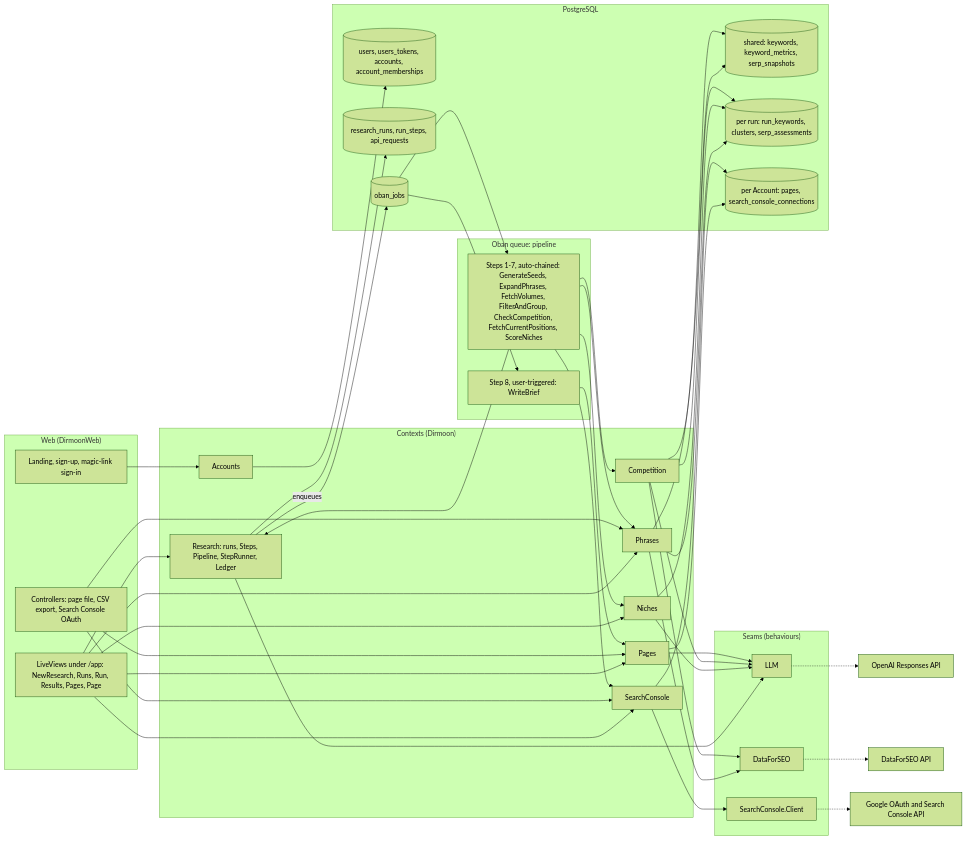
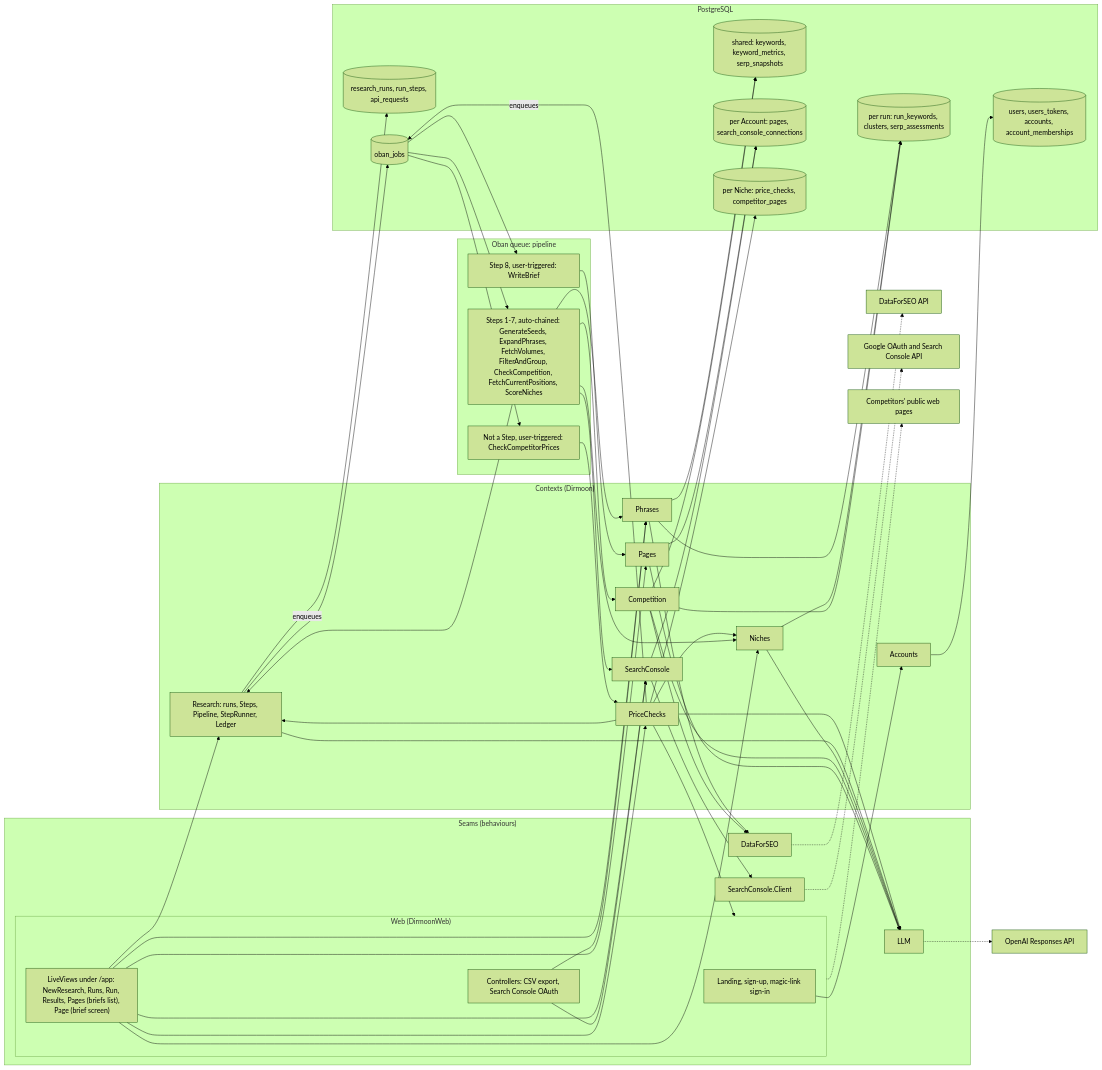
The diagram in ARCHITECTURE.md (elpikel/dirmoon), drawn with Mermaid (forest theme) before and after one commit. The commit also changed other lines of this file and 149 other files, not shown here.

````diff
--- a/ARCHITECTURE.md
+++ b/ARCHITECTURE.md
@@ -10,13 +10,14 @@
 flowchart LR
   subgraph Web["Web (DirmoonWeb)"]
     Public["Landing, sign-up, magic-link sign-in"]
-    Screens["LiveViews under /app: NewResearch, Runs, Run, Results, Pages, Page"]
-    Files["Controllers: page file, CSV export, Search Console OAuth"]
+    Screens["LiveViews under /app: NewResearch, Runs, Run, Results, Pages (briefs list), Page (brief screen)"]
+    Files["Controllers: CSV export, Search Console OAuth"]
   end
 
   subgraph Jobs["Oban queue: pipeline"]
     Auto["Steps 1-7, auto-chained: GenerateSeeds, ExpandPhrases, FetchVolumes, FilterAndGroup, CheckCompetition, FetchCurrentPositions, ScoreNiches"]
     Asked["Step 8, user-triggered: WriteBrief"]
+    Prices["Not a Step, user-triggered: CheckCompetitorPrices"]
   end
 
   subgraph Contexts["Contexts (Dirmoon)"]
@@ -27,12 +28,14 @@
     Competition
     SearchConsole
     Pages
+    PriceChecks
   end
 
   subgraph Seams["Seams (behaviours)"]
     LLM["LLM"]
     DFS["DataForSEO"]
     GSC["SearchConsole.Client"]
+    Web["WebPage"]
   end
 
   subgraph Tables["PostgreSQL"]
@@ -41,6 +44,7 @@
     TShared[("shared: keywords, keyword_metrics, serp_snapshots")]
     TPerRun[("per run: run_keywords, clusters, serp_assessments")]
     TAccount[("per Account: pages, search_console_connections")]
+    TPrices[("per Niche: price_checks, competitor_pages")]
     TOban[("oban_jobs")]
   end
 
@@ -50,13 +54,21 @@
   Screens --> Phrases
   Screens --> Pages
   Screens --> SearchConsole
-  Files --> Pages
+  Screens --> PriceChecks
   Files --> Phrases
   Files --> SearchConsole
 
   Research -- "enqueues" --> TOban
   TOban --> Auto
   TOban --> Asked
+  TOban --> Prices
+  PriceChecks -- "enqueues" --> TOban
+  Prices --> PriceChecks
+  PriceChecks --> Niches
+  PriceChecks --> Research
+  PriceChecks --> LLM
+  PriceChecks --> Web
+  PriceChecks --> TPrices
   Auto --> Research
   Auto --> Phrases
   Auto --> Niches
@@ -85,4 +97,5 @@
   LLM -.-> XLLM["OpenAI Responses API"]
   DFS -.-> XDFS["DataForSEO API"]
   GSC -.-> XGoogle["Google OAuth and Search Console API"]
+  Web -.-> XWeb["Competitors' public web pages"]
 ```
````
